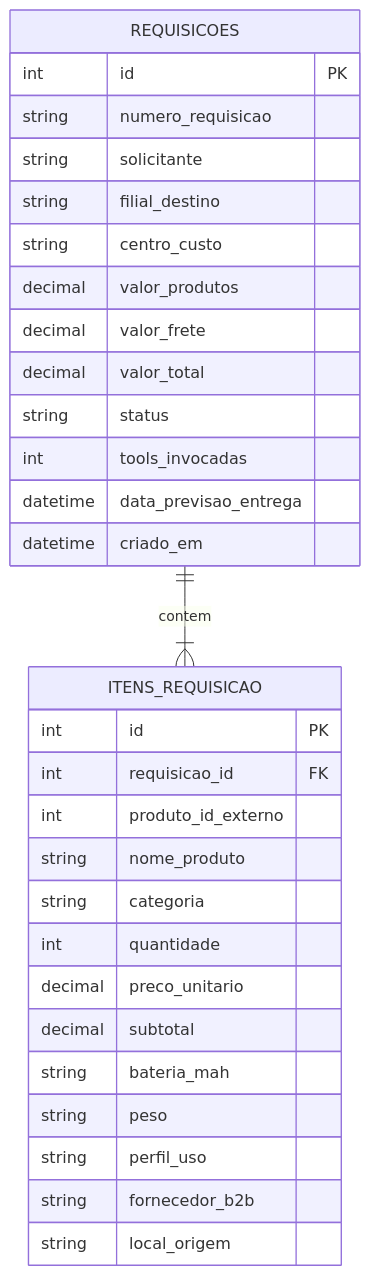
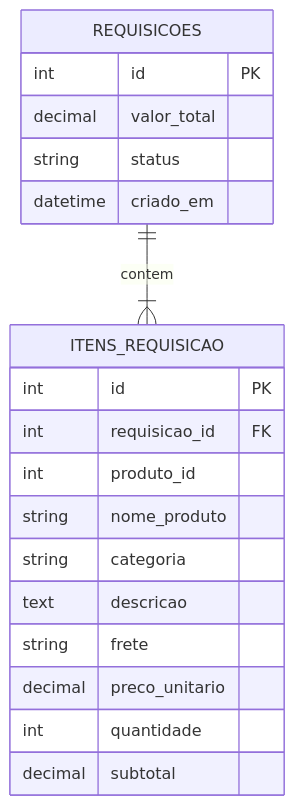
Before and after one commit to isaacdono/case-mercado-eletronico: the second of 2 diagrams in docs/ARQUITETURA.md, drawn with Mermaid. The commit also changed other lines of this file and 3 other files, not shown here.

````diff
--- a/docs/ARQUITETURA.md
+++ b/docs/ARQUITETURA.md
@@ -87,33 +82,22 @@
 ```mermaid
 erDiagram
     REQUISICOES ||--|{ ITENS_REQUISICAO : contem
     REQUISICOES {
         int id PK
-        string numero_requisicao
-        string solicitante
-        string filial_destino
-        string centro_custo
-        decimal valor_produtos
-        decimal valor_frete
         decimal valor_total
         string status
-        int tools_invocadas
-        datetime data_previsao_entrega
         datetime criado_em
     }
     ITENS_REQUISICAO {
         int id PK
         int requisicao_id FK
-        int produto_id_externo
+        int produto_id
         string nome_produto
         string categoria
+        text descricao
+        string frete
+        decimal preco_unitario
         int quantidade
-        decimal preco_unitario
         decimal subtotal
-        string bateria_mah
-        string peso
-        string perfil_uso
-        string fornecedor_b2b
-        string local_origem
     }
 ```
````
